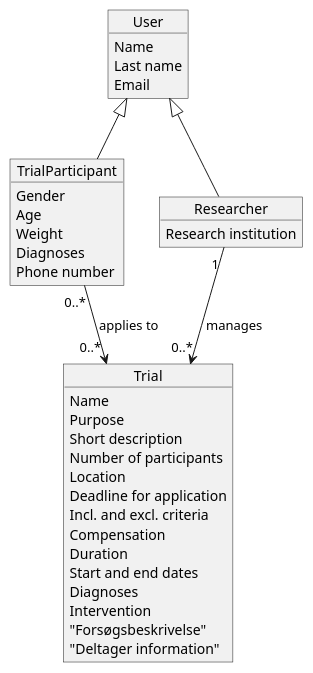
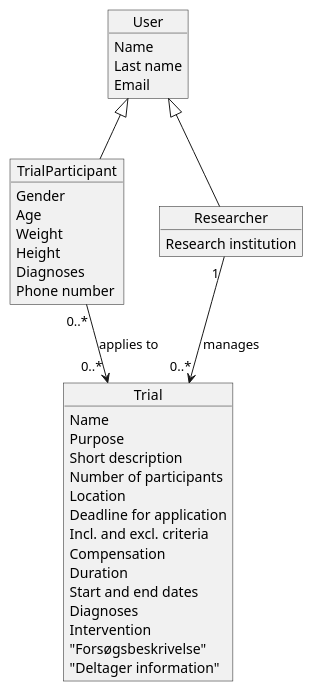
One commit to MarkBidstrup/PB1 changed the diagram in PB1ProbeApplication/UML/DomainModel.puml. Above: the diagram before and after it, drawn with PlantUML.

Commit message:
edit in DM diagram

```diff
--- a/PB1ProbeApplication/UML/DomainModel.puml
+++ b/PB1ProbeApplication/UML/DomainModel.puml
@@ -1,45 +1,46 @@
 @startuml
 'https://plantuml.com/class-diagram
 
 object User {
     Name
     Last name
     Email
 }
 
 object TrialParticipant {
     Gender
     Age
     Weight
+    Height
     Diagnoses
     Phone number
 }
 
 object Researcher {
     Research institution
 }
 
 object Trial {
     Name
     Purpose
     Short description
     Number of participants
     Location
     Deadline for application
     Incl. and excl. criteria
     Compensation
     Duration
     Start and end dates
     Diagnoses
     Intervention
     "Forsøgsbeskrivelse"
     "Deltager information"
 }
 
 User <|-- TrialParticipant
 User <|-- Researcher
 TrialParticipant "0..*" --> "0..* " Trial : applies to
 Researcher "1 " --> "0..*" Trial : manages
 
 
 @enduml
```
